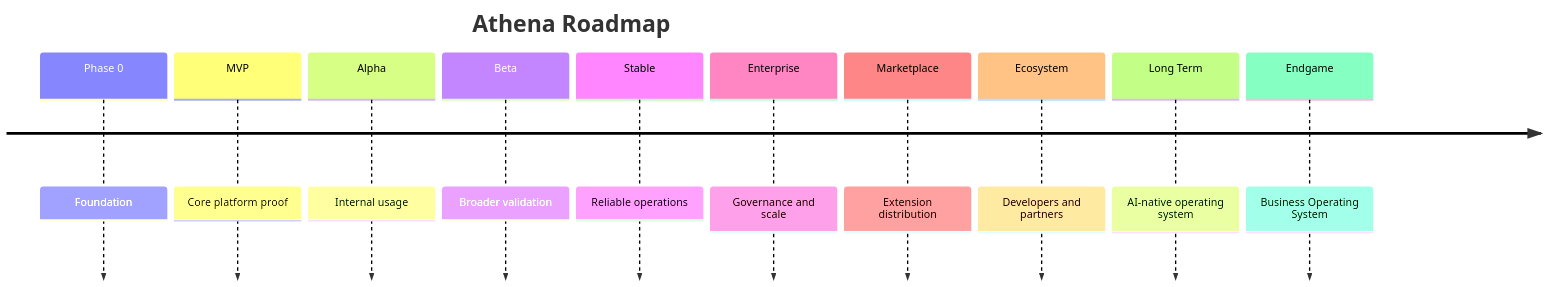
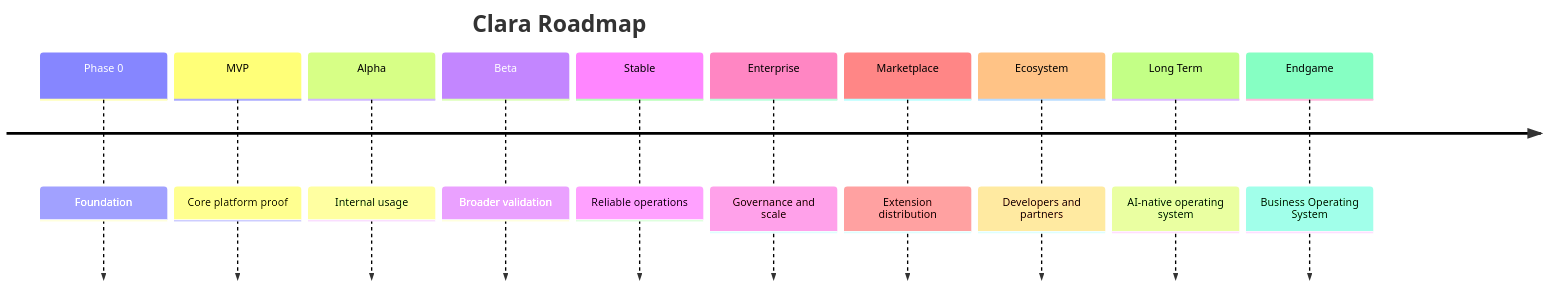
Before and after one commit to VaxXinE/CLARA: the diagram in docs/BOOK-02-Master-Blueprint/PART-10-Roadmap/README.md, drawn with Mermaid. The commit also changed other lines of this file and 529 other files, not shown here.

````diff
--- a/docs/BOOK-02-Master-Blueprint/PART-10-Roadmap/README.md
+++ b/docs/BOOK-02-Master-Blueprint/PART-10-Roadmap/README.md
@@ -82,14 +82,14 @@
 ```mermaid
 timeline
-    title Athena Roadmap
+    title Clara Roadmap
     Phase 0 : Foundation
     MVP : Core platform proof
     Alpha : Internal usage
     Beta : Broader validation
     Stable : Reliable operations
     Enterprise : Governance and scale
     Marketplace : Extension distribution
     Ecosystem : Developers and partners
     Long Term : AI-native operating system
     Endgame : Business Operating System
 ```
````
